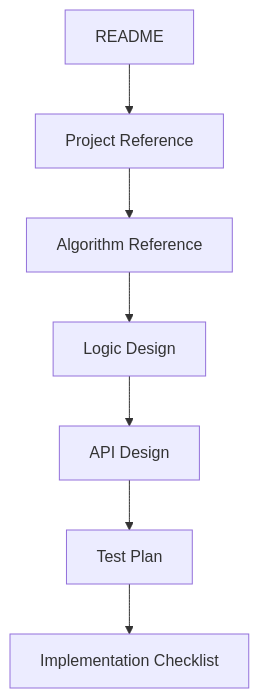
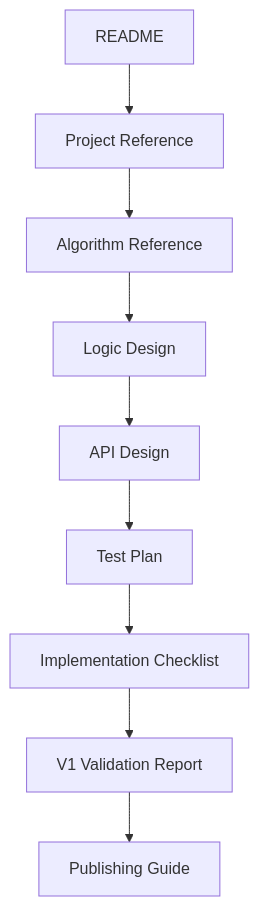
Before and after one commit to SidheshwarSarangal/nodrica: the first of 2 diagrams in docs/README.md, drawn with Mermaid. The commit also changed other lines of this file and 27 other files, not shown here.

````diff
--- a/docs/README.md
+++ b/docs/README.md
@@ -7,9 +7,11 @@
 ```mermaid
 flowchart TD
     A[README] --> B[Project Reference]
     B --> C[Algorithm Reference]
     C --> D[Logic Design]
     D --> E[API Design]
     E --> F[Test Plan]
     F --> G[Implementation Checklist]
+    G --> H[V1 Validation Report]
+    H --> I[Publishing Guide]
 ```
````
